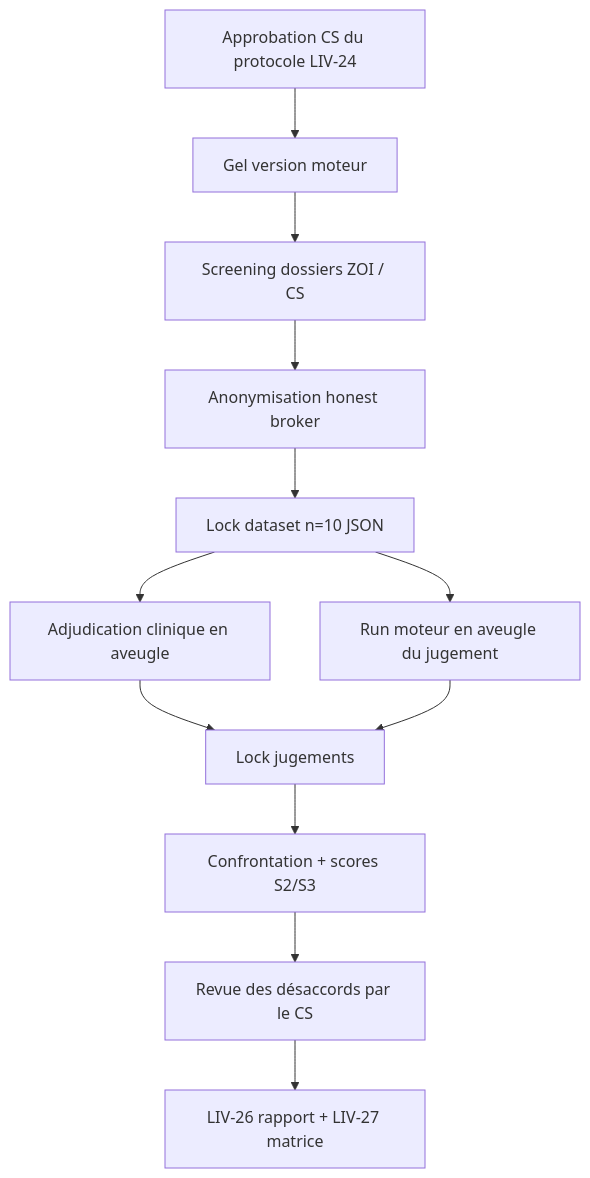
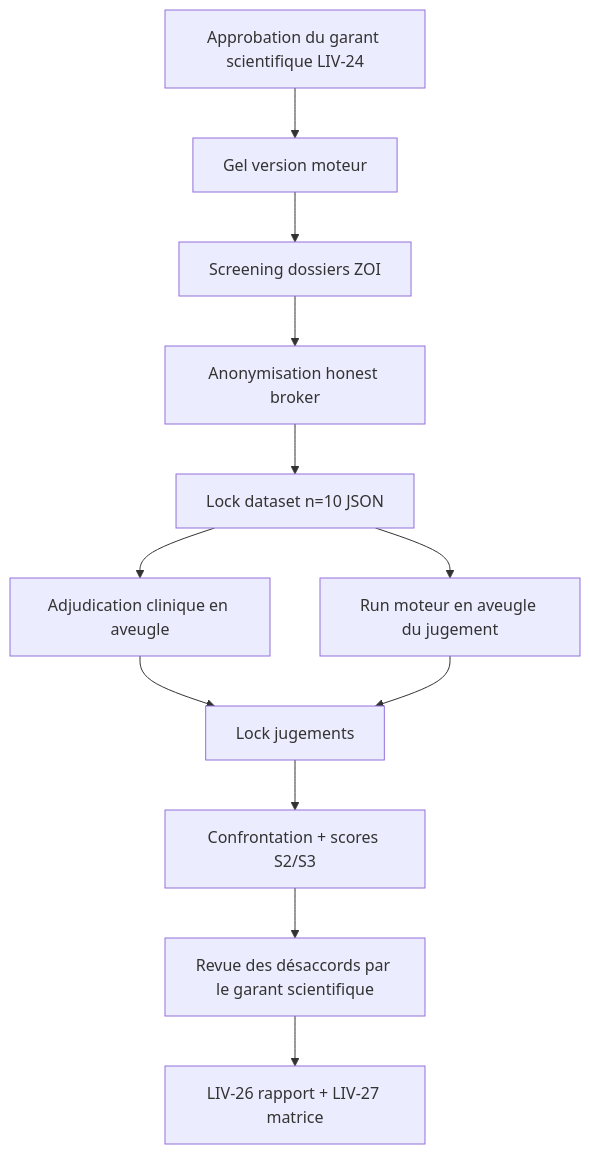
Before and after one commit to rafikg-del/functional-chef-v0.1: the diagram in docs/CLINICAL_VALIDATION_PROTOCOL.md, drawn with Mermaid. The commit also changed other lines of this file and 25 other files, not shown here.

````diff
--- a/docs/CLINICAL_VALIDATION_PROTOCOL.md
+++ b/docs/CLINICAL_VALIDATION_PROTOCOL.md
@@ -495,14 +498,14 @@
 ```mermaid
 flowchart TD
-  A[Approbation CS du protocole LIV-24] --> B[Gel version moteur]
-  B --> C[Screening dossiers ZOI / CS]
+  A[Approbation du garant scientifique LIV-24] --> B[Gel version moteur]
+  B --> C[Screening dossiers ZOI]
   C --> D[Anonymisation honest broker]
   D --> E[Lock dataset n=10 JSON]
   E --> F[Adjudication clinique en aveugle]
   E --> G[Run moteur en aveugle du jugement]
   F --> H[Lock jugements]
   G --> H
   H --> I[Confrontation + scores S2/S3]
-  I --> J[Revue des désaccords par le CS]
+  I --> J[Revue des désaccords par le garant scientifique]
   J --> K[LIV-26 rapport + LIV-27 matrice]
 ```
````
